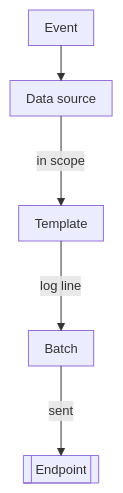
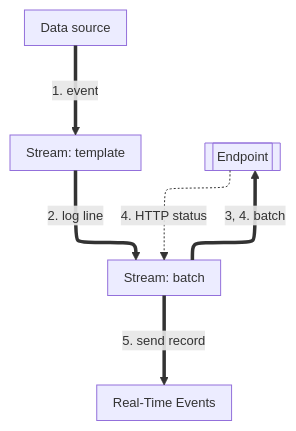
One commit to aziontech/docs changed the diagram in apps/docs/src/content/docs/en/pages/main-menu/reference/observe/data-stream/data-stream.mdx. Above: the diagram before and after it, drawn with Mermaid. The commit also changed other lines of this file and 92 other files, not shown here.

Commit message:
fix(data-stream): test the Data Stream section against the product and correct the pages (#2714)

````diff
--- a/apps/docs/src/content/docs/en/pages/main-menu/reference/observe/data-stream/data-stream.mdx
+++ b/apps/docs/src/content/docs/en/pages/main-menu/reference/observe/data-stream/data-stream.mdx
@@ -64,8 +36,14 @@
 ```mermaid
-%%{init: {"layout": "elk", "themeVariables": {"fontSize": "13px"}, "flowchart": {"nodeSpacing": 24, "rankSpacing": 36, "padding": 8, "wrappingWidth": 150, "useMaxWidth": true}, "sequence": {"width": 120, "actorMargin": 30, "useMaxWidth": true}}}%%
+%%{init: {"layout": "elk", "elk": {"cycleBreakingStrategy": "MODEL_ORDER"}, "themeVariables": {"fontSize": "13px"}, "flowchart": {"nodeSpacing": 24, "rankSpacing": 36, "padding": 8, "wrappingWidth": 150, "useMaxWidth": true}, "sequence": {"width": 120, "actorMargin": 30, "useMaxWidth": true}}}%%
 flowchart TD
-  Ev["Event"] --> Src["Data source"]
-  Src -->|"in scope"| Tpl["Template"]
-  Tpl -->|"log line"| Bat["Batch"]
-  Bat -->|"sent"| End[["Endpoint"]]
+  Src["Data source"]
+  Tpl["Stream: template"]
+  Bat["Stream: batch"]
+  End[["Endpoint"]]
+  RTE["Real-Time Events"]
+  Src ==>|"1. event"| Tpl
+  Tpl ==>|"2. log line"| Bat
+  Bat ==>|"3, 4. batch"| End
+  End -.->|"4. HTTP status"| Bat
+  Bat ==>|"5. send record"| RTE
 ```
````
